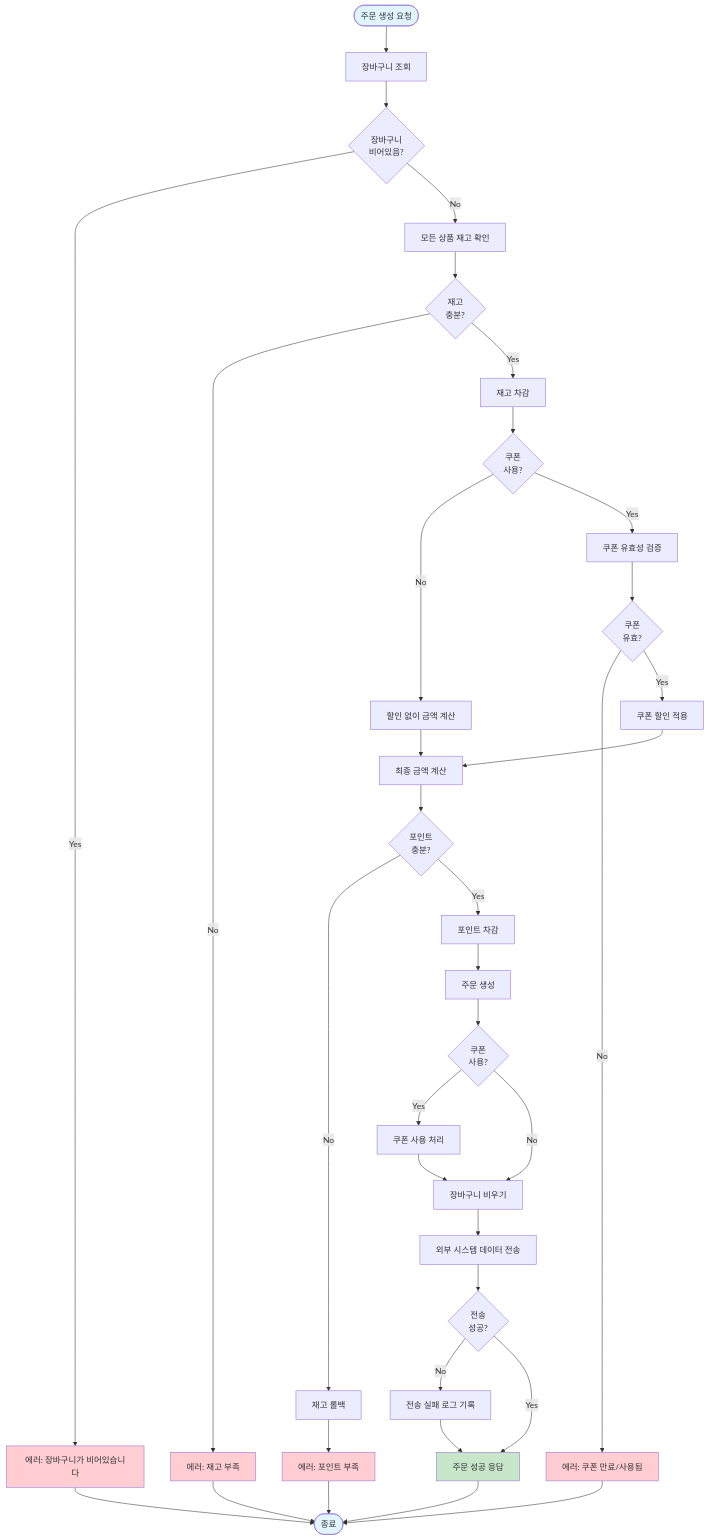
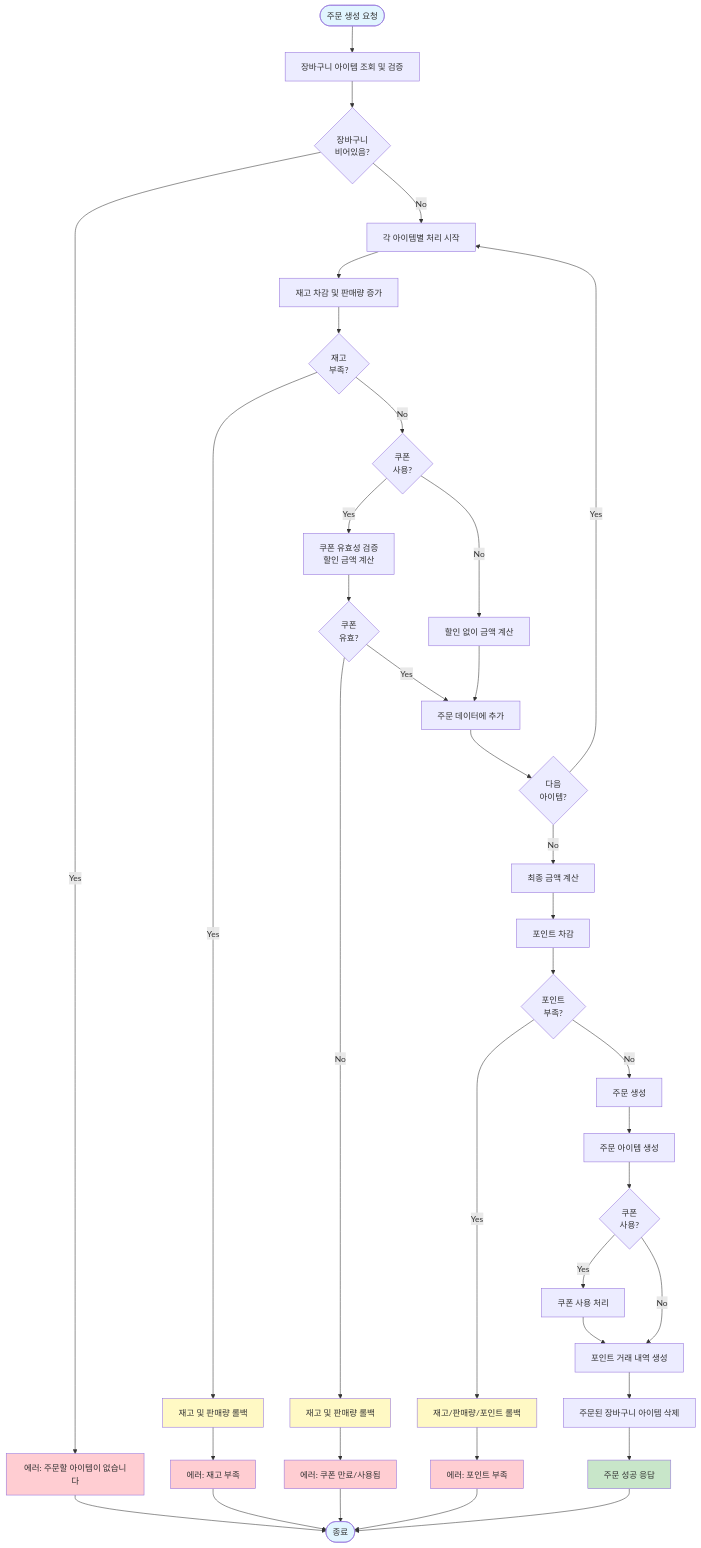
Before and after one commit to keepConcentration/ecommerce: the second of 7 diagrams in README.md, drawn with Mermaid. The commit also changed other lines of this file, not shown here.

Commit message:
docs: 플로우차트, 시퀀스 다이어그램 업데이트

````diff
--- a/README.md
+++ b/README.md
@@ -107,54 +107,59 @@
 ```mermaid
 flowchart TD
-    Start([주문 생성 요청]) --> GetCart[장바구니 조회]
-    GetCart --> CheckCartEmpty{장바구니<br/>비어있음?}
-    CheckCartEmpty -->|Yes| ErrorEmptyCart[에러: 장바구니가 비어있습니다]
-    CheckCartEmpty -->|No| CheckStock[모든 상품 재고 확인]
+    Start([주문 생성 요청]) --> ValidateCart[장바구니 아이템 조회 및 검증]
+    ValidateCart --> CheckCartEmpty{장바구니<br/>비어있음?}
+    CheckCartEmpty -->|Yes| ErrorEmptyCart[에러: 주문할 아이템이 없습니다]
+    CheckCartEmpty -->|No| ProcessItems[각 아이템별 처리 시작]
 
-    CheckStock --> StockSufficient{재고<br/>충분?}
-    StockSufficient -->|No| ErrorStock[에러: 재고 부족]
-    StockSufficient -->|Yes| DeductStock[재고 차감]
+    ProcessItems --> DeductStock[재고 차감 및 판매량 증가]
+    DeductStock --> StockFail{재고<br/>부족?}
+    StockFail -->|Yes| RollbackStockSales[재고 및 판매량 롤백]
+    RollbackStockSales --> ErrorStock[에러: 재고 부족]
 
-    DeductStock --> CheckCoupon{쿠폰<br/>사용?}
+    StockFail -->|No| CheckCoupon{쿠폰<br/>사용?}
+    CheckCoupon -->|Yes| ValidateCoupon[쿠폰 유효성 검증<br/>할인 금액 계산]
     CheckCoupon -->|No| CalcNoDiscount[할인 없이 금액 계산]
-    CheckCoupon -->|Yes| ValidateCoupon[쿠폰 유효성 검증]
 
     ValidateCoupon --> CouponValid{쿠폰<br/>유효?}
-    CouponValid -->|No| ErrorCoupon[에러: 쿠폰 만료/사용됨]
-    CouponValid -->|Yes| ApplyCoupon[쿠폰 할인 적용]
+    CouponValid -->|No| RollbackStockSales2[재고 및 판매량 롤백]
+    RollbackStockSales2 --> ErrorCoupon[에러: 쿠폰 만료/사용됨]
+    CouponValid -->|Yes| AddToOrderData[주문 데이터에 추가]
+    CalcNoDiscount --> AddToOrderData
 
-    ApplyCoupon --> CalcFinal[최종 금액 계산]
-    CalcNoDiscount --> CalcFinal
+    AddToOrderData --> MoreItems{다음<br/>아이템?}
+    MoreItems -->|Yes| ProcessItems
+    MoreItems -->|No| CalcFinal[최종 금액 계산]
 
-    CalcFinal --> CheckPoint{포인트<br/>충분?}
-    CheckPoint -->|No| RollbackStock[재고 롤백]
-    RollbackStock --> ErrorPoint[에러: 포인트 부족]
+    CalcFinal --> DeductPoint[포인트 차감]
+    DeductPoint --> PointFail{포인트<br/>부족?}
+    PointFail -->|Yes| RollbackAll[재고/판매량/포인트 롤백]
+    RollbackAll --> ErrorPoint[에러: 포인트 부족]
 
-    CheckPoint -->|Yes| DeductPoint[포인트 차감]
-    DeductPoint --> CreateOrder[주문 생성]
-    CreateOrder --> MarkCouponUsed{쿠폰<br/>사용?}
+    PointFail -->|No| CreateOrder[주문 생성]
+    CreateOrder --> CreateOrderItems[주문 아이템 생성]
+    CreateOrderItems --> MarkCouponUsed{쿠폰<br/>사용?}
 
     MarkCouponUsed -->|Yes| UpdateCoupon[쿠폰 사용 처리]
-    MarkCouponUsed -->|No| ClearCart[장바구니 비우기]
-    UpdateCoupon --> ClearCart
+    UpdateCoupon --> CreatePointTx[포인트 거래 내역 생성]
+    MarkCouponUsed -->|No| CreatePointTx
 
-    ClearCart --> SendExternal[외부 시스템 데이터 전송]
-    SendExternal --> ExternalSuccess{전송<br/>성공?}
-    ExternalSuccess -->|No| LogFailure[전송 실패 로그 기록]
-    ExternalSuccess -->|Yes| Success
-    LogFailure --> Success[주문 성공 응답]
+    CreatePointTx --> ClearCart[주문된 장바구니 아이템 삭제]
+    ClearCart --> Success[주문 성공 응답]
 
     Success --> End([종료])
     ErrorEmptyCart --> End
     ErrorStock --> End
     ErrorCoupon --> End
     ErrorPoint --> End
 
     style Start fill:#e1f5ff
     style Success fill:#c8e6c9
     style End fill:#e1f5ff
     style ErrorEmptyCart fill:#ffcdd2
     style ErrorStock fill:#ffcdd2
     style ErrorCoupon fill:#ffcdd2
     style ErrorPoint fill:#ffcdd2
+    style RollbackStockSales fill:#fff9c4
+    style RollbackStockSales2 fill:#fff9c4
+    style RollbackAll fill:#fff9c4
 ```
````
